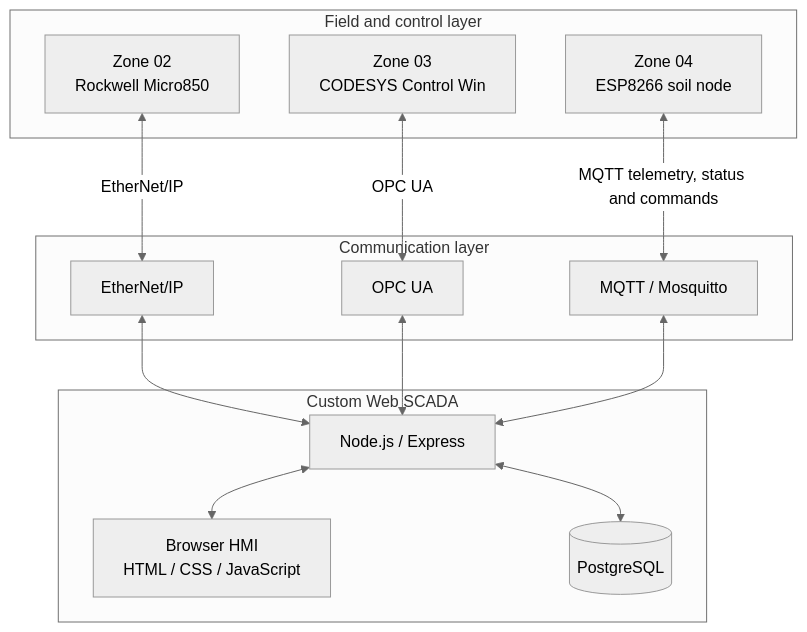
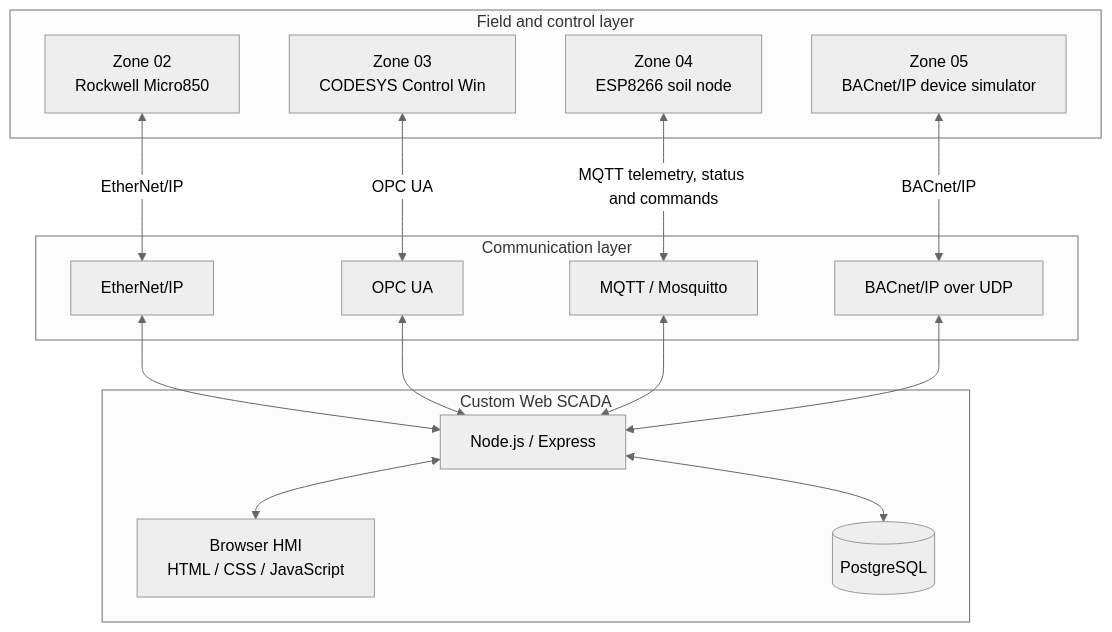
Before and after one commit to Radfar/building-irrigation-scada: the diagram in README.md, drawn with Mermaid (neutral theme). The commit also changed other lines of this file, not shown here.

Commit message:
Document Zone 05 BACnet integration and project architecture

````diff
--- a/README.md
+++ b/README.md
@@ -17,29 +18,33 @@
 ```mermaid
 flowchart TB
   subgraph FIELD["Field and control layer"]
     Z2["Zone 02<br/>Rockwell Micro850"]
     Z3["Zone 03<br/>CODESYS Control Win"]
     Z4["Zone 04<br/>ESP8266 soil node"]
+    Z5["Zone 05<br/>BACnet/IP device simulator"]
   end
 
   subgraph COMM["Communication layer"]
     EIP["EtherNet/IP"]
     OPC["OPC UA"]
     MQTT["MQTT / Mosquitto"]
+    BAC["BACnet/IP over UDP"]
   end
 
   subgraph APP["Custom Web SCADA"]
     BE["Node.js / Express"]
     FE["Browser HMI<br/>HTML / CSS / JavaScript"]
     DB[("PostgreSQL")]
   end
 
   Z2 <-->|"EtherNet/IP"| EIP
   Z3 <-->|"OPC UA"| OPC
   Z4 <-->|"MQTT telemetry, status and commands"| MQTT
+  Z5 <-->|"BACnet/IP"| BAC
   EIP <--> BE
   OPC <--> BE
   MQTT <--> BE
+  BAC <--> BE
   BE <--> FE
   BE <--> DB
 ```
````
